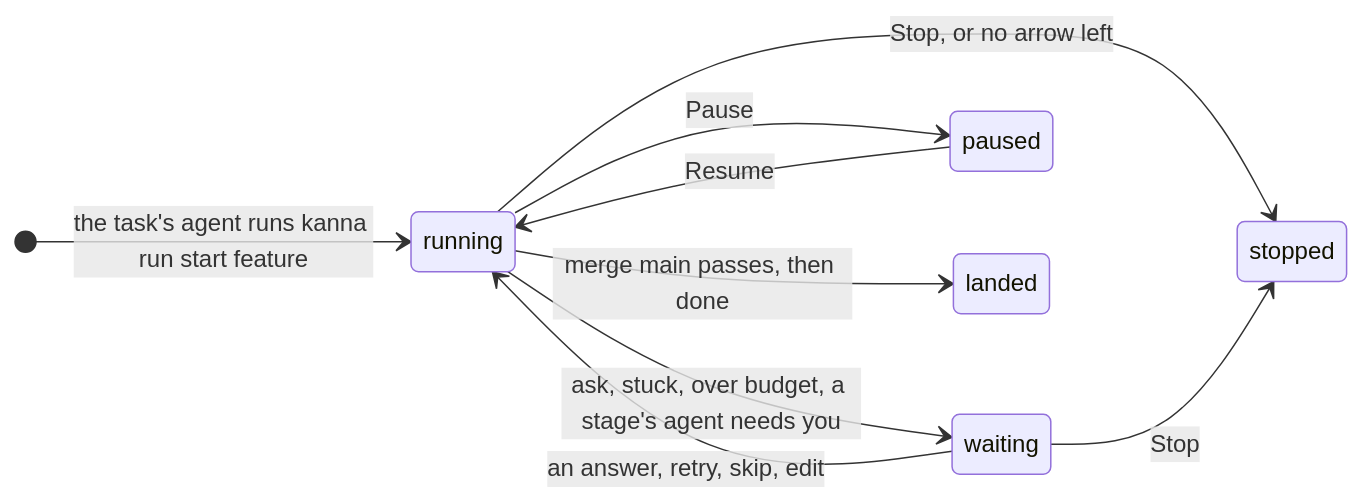
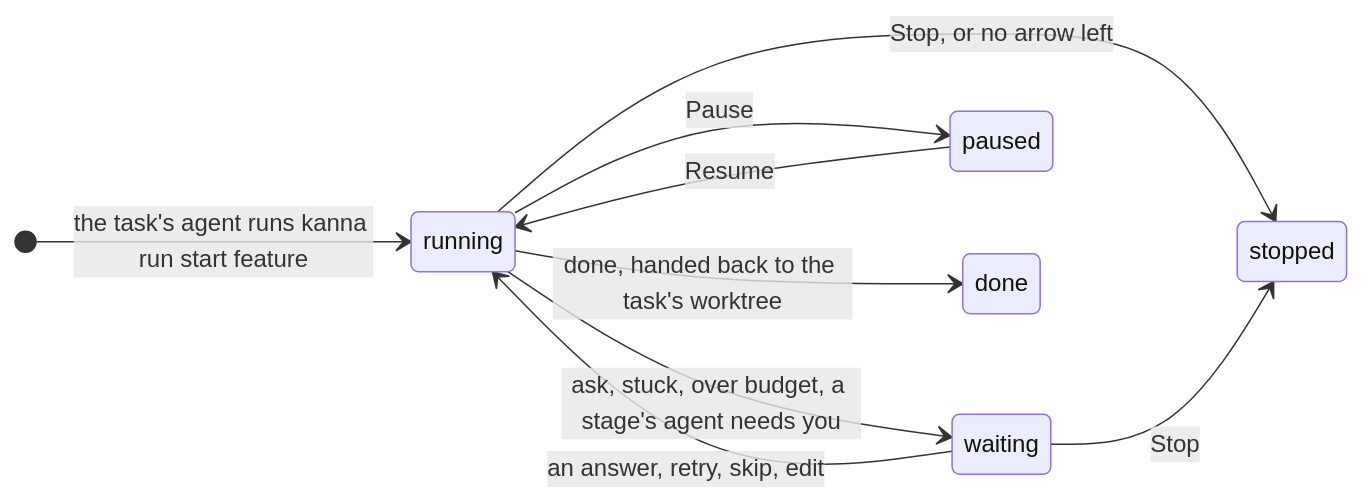
One commit to tampopogk/kanna changed the first of 5 diagrams in docs/specs/software-factory.md. Above: the diagram before and after it, drawn with Mermaid. The commit also changed other lines of this file and 17 other files, not shown here.

Commit message:
A run never merges to main: it hands back to the task's worktree, the gate before main; merge main leaves the language

````diff
--- a/docs/specs/software-factory.md
+++ b/docs/specs/software-factory.md
@@ -24,12 +24,12 @@
 ```mermaid
 stateDiagram-v2
     direction LR
     [*] --> running: the task's agent runs kanna run start feature
     running --> waiting: ask, stuck, over budget, a stage's agent needs you
     waiting --> running: an answer, retry, skip, edit
     running --> paused: Pause
     paused --> running: Resume
-    running --> landed: merge main passes, then done
+    running --> done: done, handed back to the task's worktree
     running --> stopped: Stop, or no arrow left
     waiting --> stopped: Stop
 ```
````
